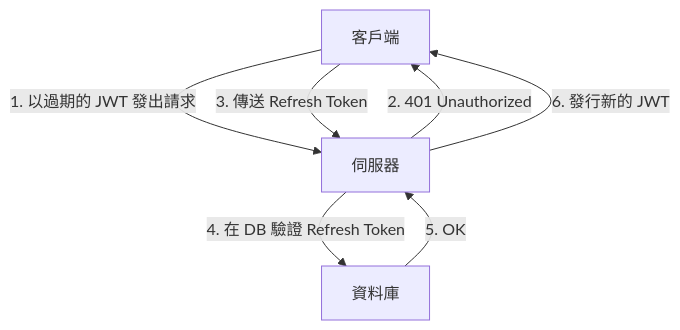
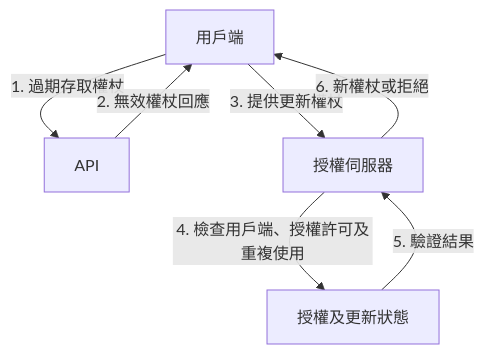
Before and after one commit to kenjinote/blog: the third of 3 diagrams in content/post/jwt-json-web-token-security-risks/index.zh-tw.md, drawn with Mermaid. The commit also changed other lines of this file and 5 other files, not shown here.

Commit message:
Proofread both Chinese JWT articles and inspect translated security diagrams

````diff
--- a/content/post/jwt-json-web-token-security-risks/index.zh-tw.md
+++ b/content/post/jwt-json-web-token-security-risks/index.zh-tw.md
@@ -103,9 +84,9 @@
 ```mermaid
 graph TD
-    A["客戶端"] -- "1. 以過期的 JWT 發出請求" --> B["伺服器"]
-    B -- "2. 401 Unauthorized" --> A
-    A -- "3. 傳送 Refresh Token" --> B
-    B -- "4. 在 DB 驗證 Refresh Token" --> C["資料庫"]
-    C -- "5. OK" --> B
-    B -- "6. 發行新的 JWT" --> A
+    A["用戶端"] -- "1. 過期存取權杖" --> B["API"]
+    B -- "2. 無效權杖回應" --> A
+    A -- "3. 提供更新權杖" --> C["授權伺服器"]
+    C -- "4. 檢查用戶端、授權許可及重複使用" --> D["授權及更新狀態"]
+    D -- "5. 驗證結果" --> C
+    C -- "6. 新權杖或拒絕" --> A
 ```
````
